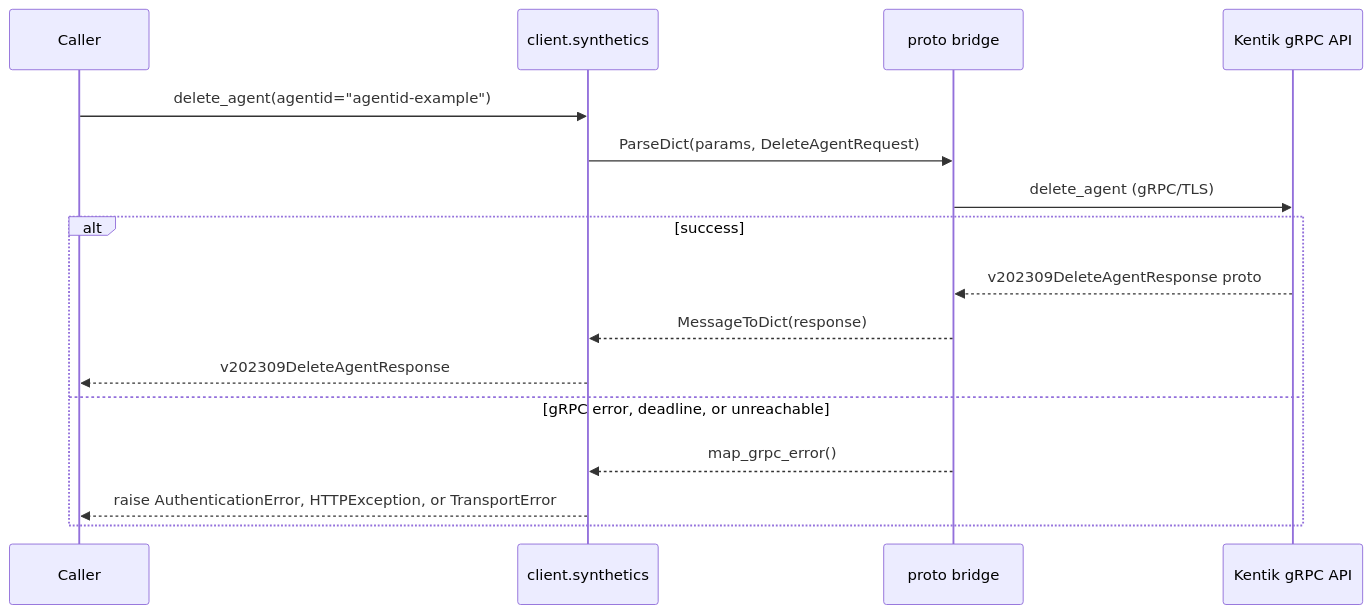
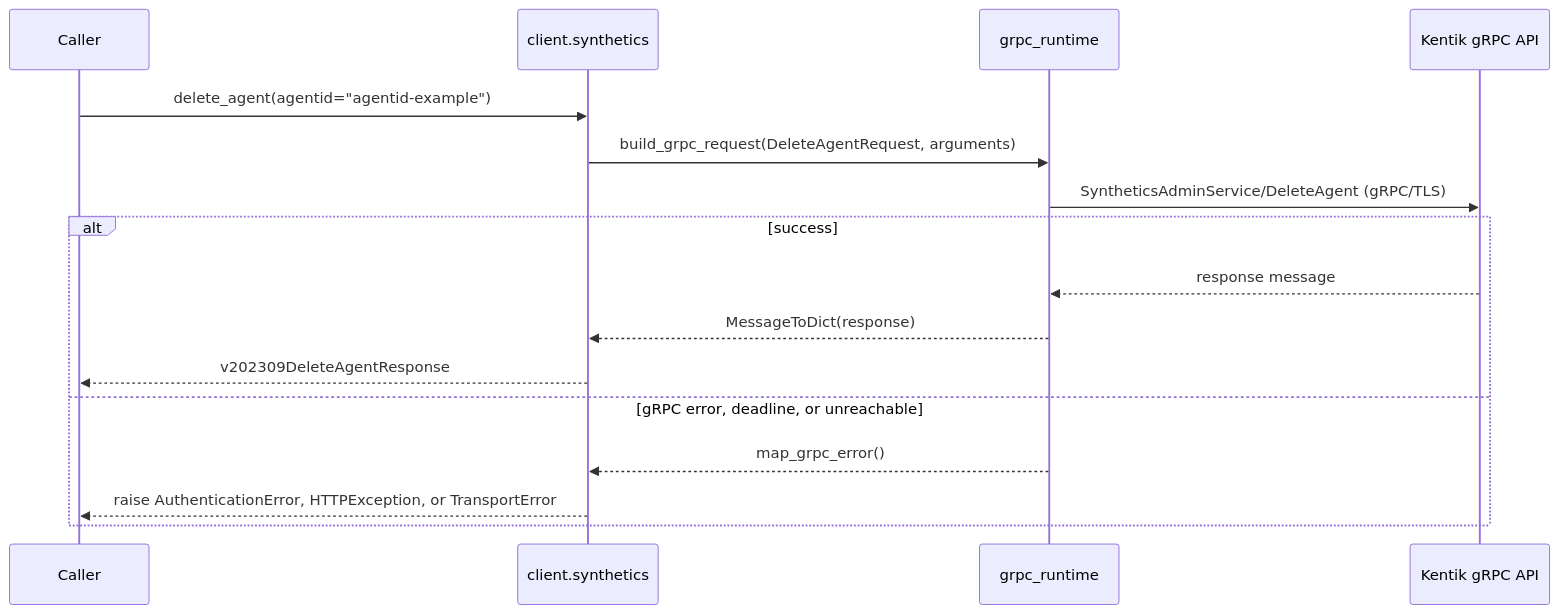
Diagram 19 of 38 in docs/sphinx/services/synthetics.md (alexdearaujo/community_sdk_python), drawn with Mermaid before and after one commit. The commit also changed other lines of this file and 37 other files, not shown here.

First line of the commit message:
docs: show the real RPC in each service page's gRPC diagram

````diff
--- a/docs/sphinx/services/synthetics.md
+++ b/docs/sphinx/services/synthetics.md
@@ -663,19 +663,19 @@
 ```mermaid
 sequenceDiagram
     participant C as Caller
     participant W as client.synthetics
-    participant B as proto bridge
+    participant R as grpc_runtime
     participant API as Kentik gRPC API
 
     C->>W: delete_agent(agentid="agentid-example")
-    W->>B: ParseDict(params, DeleteAgentRequest)
-    B->>API: delete_agent (gRPC/TLS)
+    W->>R: build_grpc_request(DeleteAgentRequest, arguments)
+    R->>API: SyntheticsAdminService/DeleteAgent (gRPC/TLS)
     alt success
-        API-->>B: v202309DeleteAgentResponse proto
-        B-->>W: MessageToDict(response)
+        API-->>R: response message
+        R-->>W: MessageToDict(response)
         W-->>C: v202309DeleteAgentResponse
     else gRPC error, deadline, or unreachable
-        B-->>W: map_grpc_error()
+        R-->>W: map_grpc_error()
         W-->>C: raise AuthenticationError, HTTPException, or TransportError
     end
 ```
````
